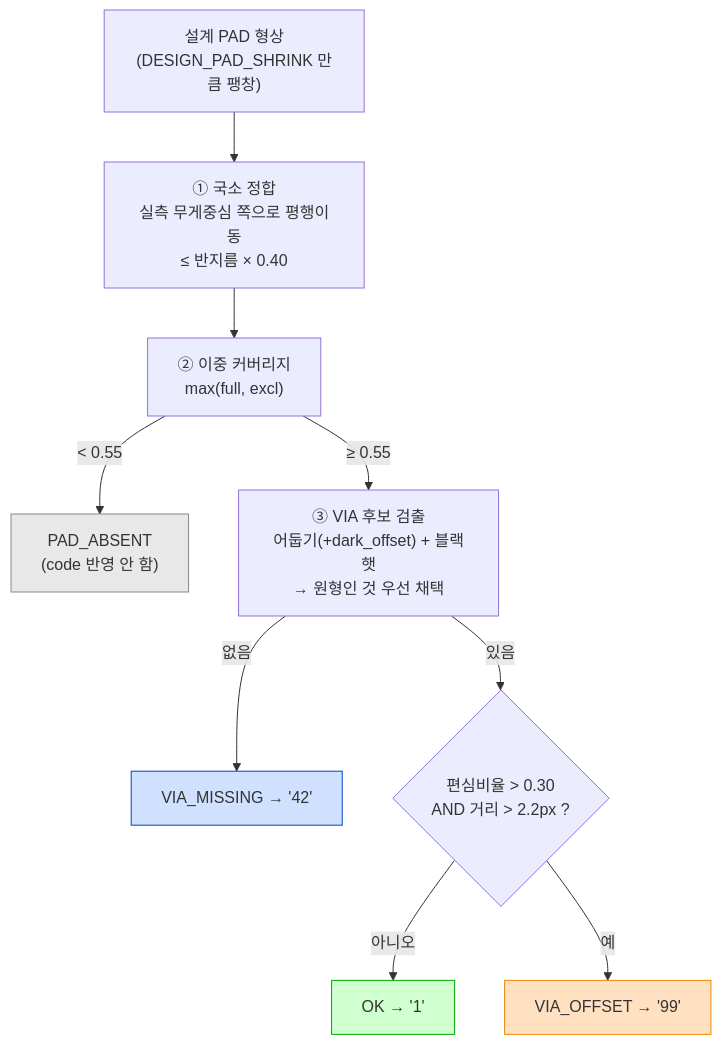
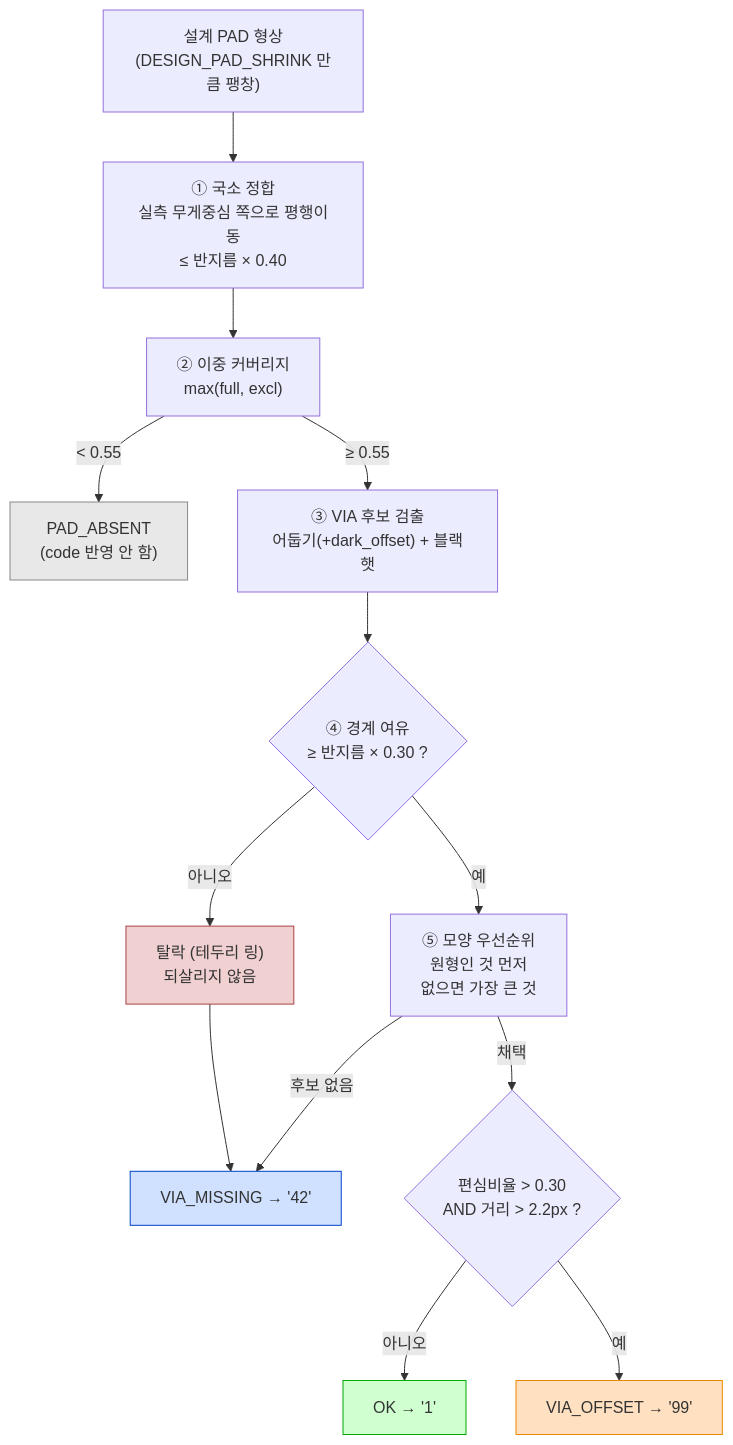
The fifth of 5 diagrams in README.md (NS-DDC/pad-via-inspector), drawn with Mermaid before and after one commit. The commit also changed other lines of this file and 3 other files, not shown here.

First line of the commit message:
PAD 테두리 오검출 차단(경계 여유)과 판정 전용 모듈 via_code.py 추가

````diff
--- a/README.md
+++ b/README.md
@@ -735,16 +843,22 @@
 ```mermaid
 flowchart TD
     A["설계 PAD 형상<br/>(DESIGN_PAD_SHRINK 만큼 팽창)"] --> B["① 국소 정합<br/>실측 무게중심 쪽으로 평행이동<br/>≤ 반지름 × 0.40"]
     B --> C["② 이중 커버리지<br/>max(full, excl)"]
     C -->|"< 0.55"| ABS["PAD_ABSENT<br/>(code 반영 안 함)"]
-    C -->|"≥ 0.55"| D["③ VIA 후보 검출<br/>어둡기(+dark_offset) + 블랙햇<br/>→ 원형인 것 우선 채택"]
-    D -->|없음| M["VIA_MISSING → '42'"]
-    D -->|있음| E{"편심비율 > 0.30<br/>AND 거리 > 2.2px ?"}
+    C -->|"≥ 0.55"| D["③ VIA 후보 검출<br/>어둡기(+dark_offset) + 블랙햇"]
+    D --> R{"④ 경계 여유<br/>≥ 반지름 × 0.30 ?"}
+    R -->|아니오| X["탈락 (테두리 링)<br/>되살리지 않음"]
+    R -->|예| S["⑤ 모양 우선순위<br/>원형인 것 먼저<br/>없으면 가장 큰 것"]
+    S -->|후보 없음| M["VIA_MISSING → '42'"]
+    S -->|채택| E
+    X --> M
+    E{"편심비율 > 0.30<br/>AND 거리 > 2.2px ?"}
     E -->|아니오| OK["OK → '1'"]
     E -->|예| OFF["VIA_OFFSET → '99'"]
 
     style ABS fill:#e8e8e8,stroke:#888
     style M fill:#d0e0ff,stroke:#04c
+    style X fill:#f0d0d0,stroke:#a44
     style OFF fill:#ffe0c0,stroke:#e80
     style OK fill:#d0ffd0,stroke:#0a0
 ```
````
